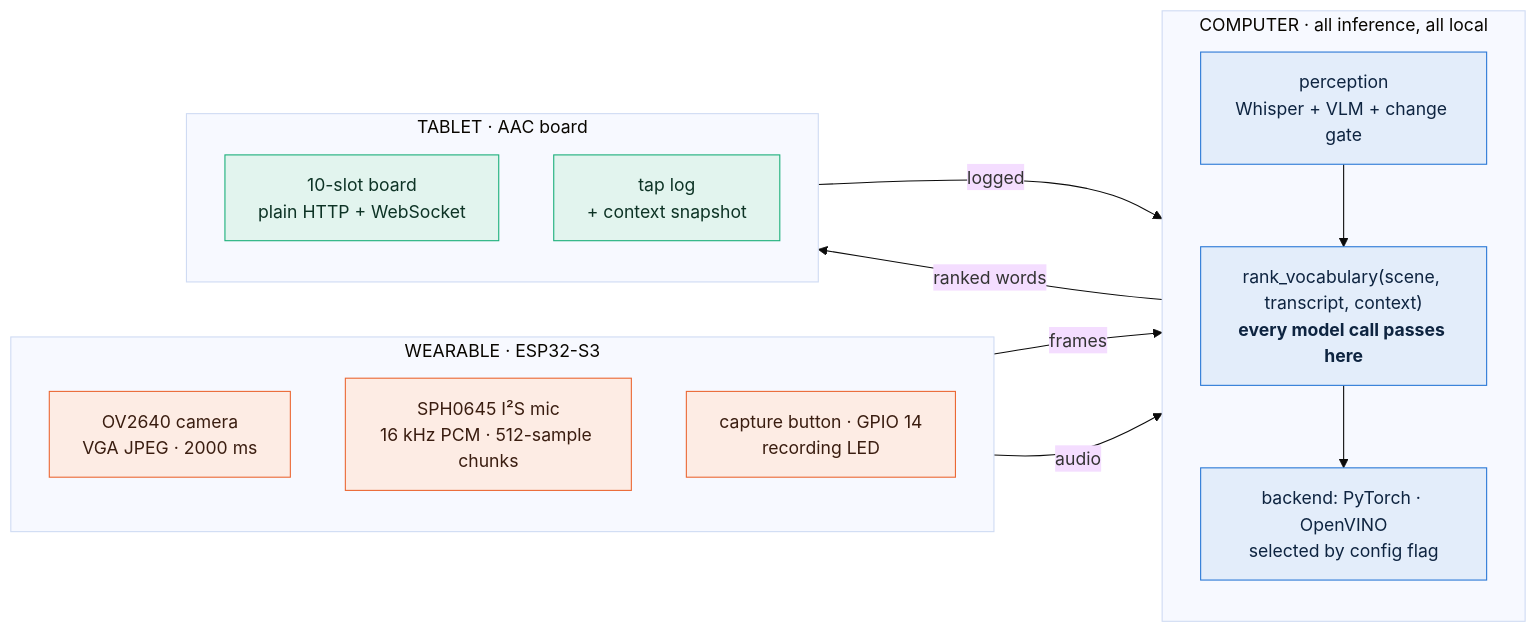
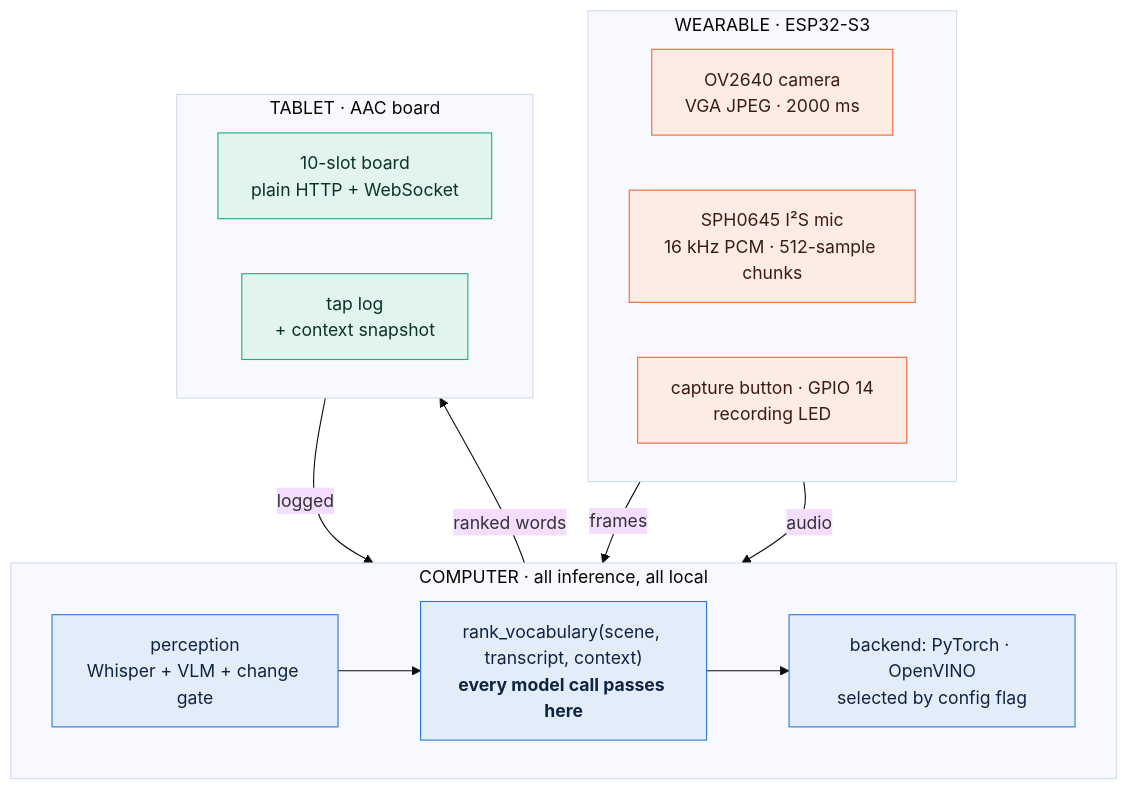
Before and after one commit to tanayvin1216/Revoce: the first of 3 diagrams in README.md, drawn with Mermaid (base theme). The commit also changed other lines of this file, not shown here.

Commit message:
stack the system diagram vertically and tighten the readme wording

````diff
--- a/README.md
+++ b/README.md
@@ -65,35 +66,35 @@
 ```mermaid
-flowchart LR
+flowchart TB
     subgraph W["WEARABLE · ESP32-S3"]
-        direction TB
+        direction LR
         CAM["OV2640 camera<br/>VGA JPEG · 2000 ms"]
         MIC["SPH0645 I²S mic<br/>16 kHz PCM · 512-sample chunks"]
         BTN["capture button · GPIO 14<br/>recording LED"]
     end
 
     subgraph M["COMPUTER · all inference, all local"]
-        direction TB
+        direction LR
         PERC["perception<br/>Whisper + VLM + change gate"]
         SEAM["rank_vocabulary(scene, transcript, context)<br/><b>every model call passes here</b>"]
         BACK["backend: PyTorch · OpenVINO<br/>selected by config flag"]
         PERC --> SEAM --> BACK
     end
 
     subgraph T["TABLET · AAC board"]
-        direction TB
+        direction LR
         UI["10-slot board<br/>plain HTTP + WebSocket"]
         TAP["tap log<br/>+ context snapshot"]
     end
 
     CAM -- "frames" --> PERC
     MIC -- "audio" --> PERC
     BACK -- "ranked words" --> UI
     TAP -- "logged" --> M
 
     classDef wear fill:#fdece4,stroke:#eb6834,color:#3a1d10
     classDef mac fill:#e3edfa,stroke:#2a78d6,color:#0e2440
     classDef tab fill:#e2f4ee,stroke:#1baf7a,color:#0d3325
     class CAM,MIC,BTN wear
     class PERC,SEAM,BACK mac
     class UI,TAP tab
 ```
````
